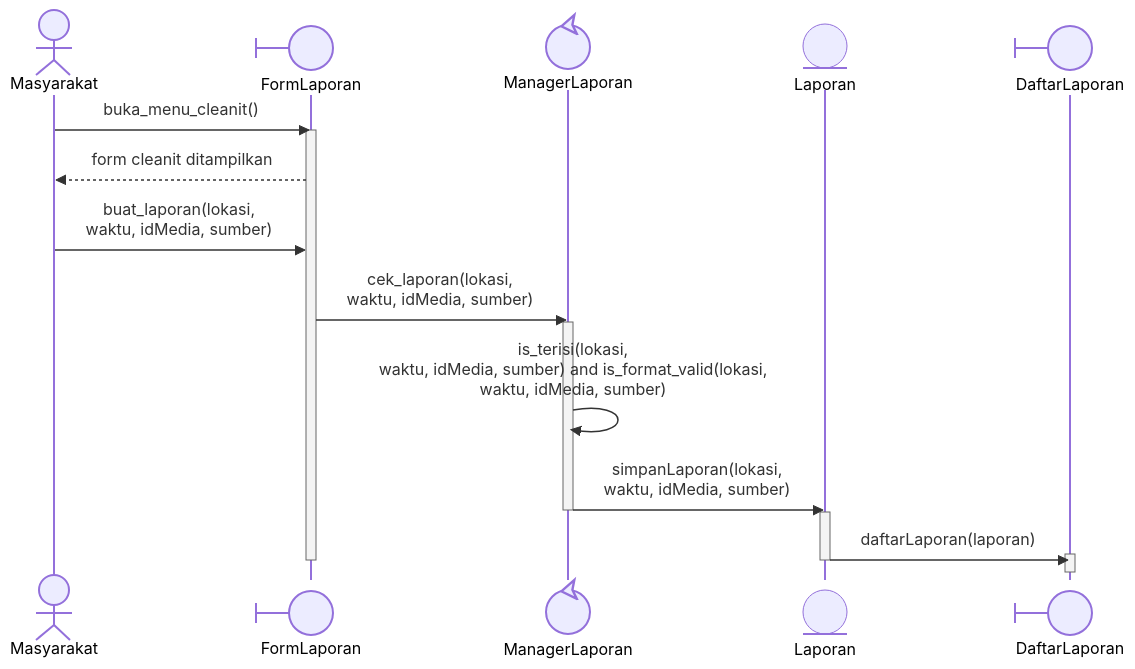
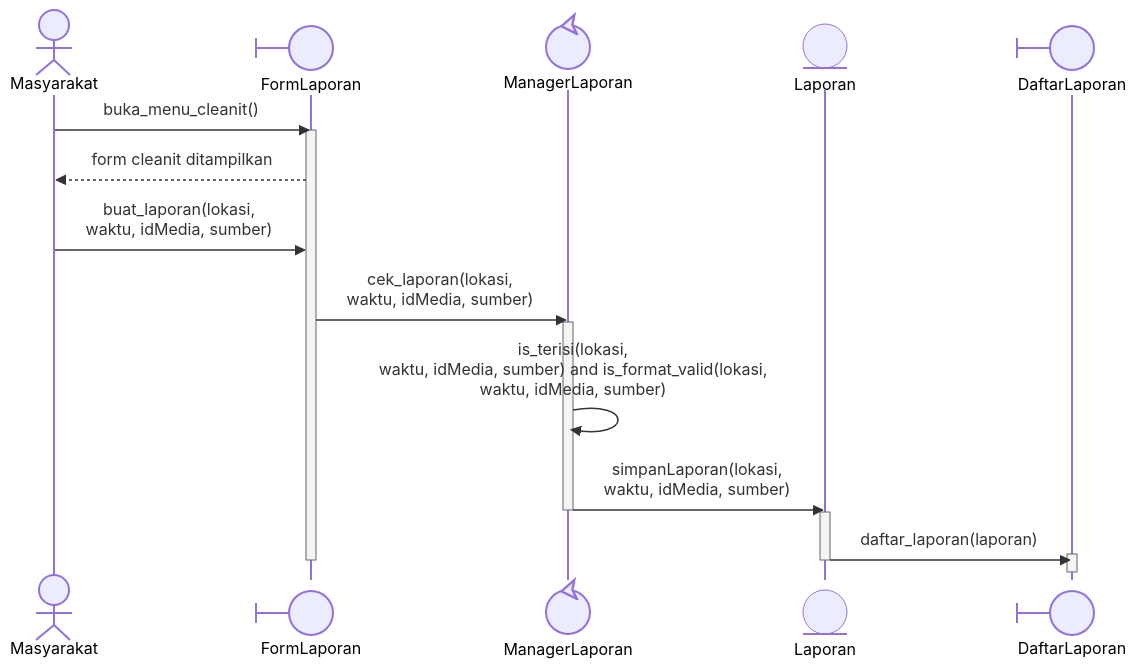
Diagram 16 of 29 in docs/M8/K03_G02_DPPL2.md (star-scripter/IF2150-RPL-K03-G02), drawn with Mermaid before and after one commit. The commit also changed other lines of this file, not shown here.

Commit message:
docs: DaftarLaporan alg and query, adjustments to class

````diff
--- a/docs/M8/K03_G02_DPPL2.md
+++ b/docs/M8/K03_G02_DPPL2.md
@@ -916,28 +916,28 @@
 ```mermaid
 %%{init: {'themeCSS': '.actor-line { stroke-dasharray: 4, 4; }'}}%%
 sequenceDiagram
     actor M as Masyarakat
     participant FL@{"type":"boundary"} as FormLaporan
     participant ML@{"type":"control"} as ManagerLaporan
     participant L@{"type":"entity"} as Laporan
     participant DL@{"type":"boundary"} as DaftarLaporan
 
     M->>FL: buka_menu_cleanit()
     activate FL
     FL-->>M: form cleanit ditampilkan
 
     M->>FL: buat_laporan(lokasi, <br/>waktu, idMedia, sumber)
     FL->>ML: cek_laporan(lokasi, <br/>waktu, idMedia, sumber)
     activate ML
     ML->>ML: is_terisi(lokasi, <br/>waktu, idMedia, sumber) and is_format_valid(lokasi, <br/>waktu, idMedia, sumber)
 
     ML->>L: simpanLaporan(lokasi, <br/>waktu, idMedia, sumber)
     deactivate ML
     activate L
-    L->>DL: daftarLaporan(laporan)
+    L->>DL: daftar_laporan(laporan)
     activate DL
     deactivate DL
     deactivate FL
     deactivate L
 
 ```
````
